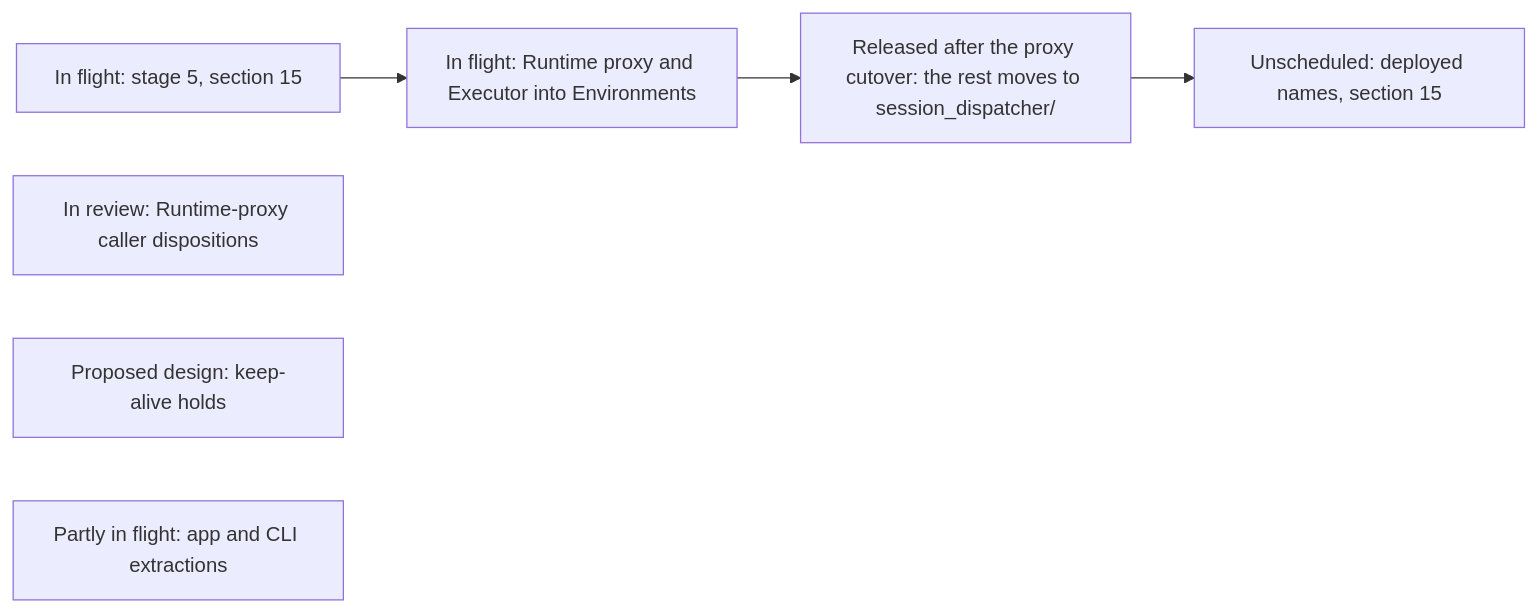
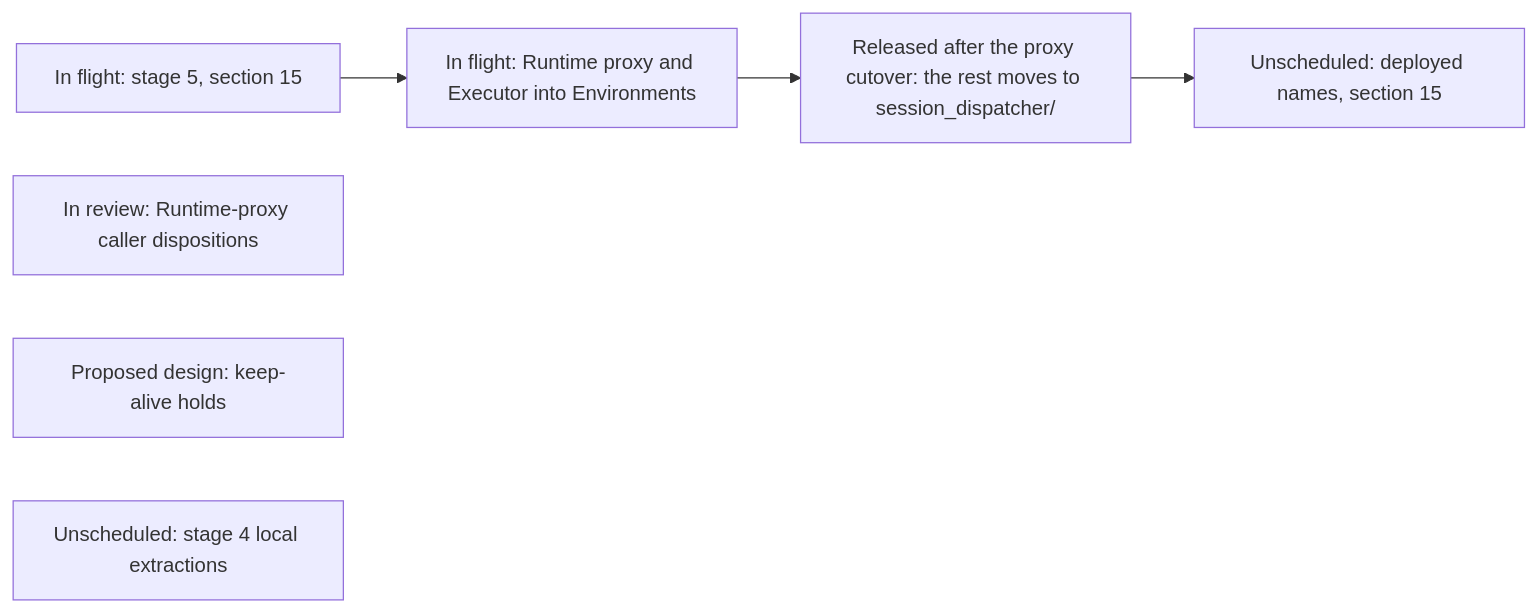
Diagram 21 of 21 in agentplane/plans/task_dag.md (agentydragon/ducktape), drawn with Mermaid before and after one commit. The commit also changed other lines of this file, not shown here.

````diff
--- a/agentplane/plans/task_dag.md
+++ b/agentplane/plans/task_dag.md
@@ -3928,13 +3926,13 @@
 ```mermaid
 flowchart LR
     PRIVILEGED_BACKEND_AUTH_DESIGN[In flight: stage 5, section 15]
     RUNTIME_PROXY_CALLER_AUDIT[In review: Runtime-proxy caller dispositions]
     RUNTIME_PROXY_TO_ENVIRONMENTS[In flight: Runtime proxy and Executor into Environments]
     SESSIONS_BINARY_DIRECTORY[Released after the proxy cutover: the rest moves to session_dispatcher/]
     ENVIRONMENT_KEEP_ALIVE_HOLDS[Proposed design: keep-alive holds]
-    GO_LOCAL_EXTRACTIONS[Partly in flight: app and CLI extractions]
+    GO_LOCAL_EXTRACTIONS[Unscheduled: stage 4 local extractions]
     RUNNER_GATEWAY_RENAME[Unscheduled: deployed names, section 15]
     PRIVILEGED_BACKEND_AUTH_DESIGN --> RUNTIME_PROXY_TO_ENVIRONMENTS
     RUNTIME_PROXY_TO_ENVIRONMENTS --> SESSIONS_BINARY_DIRECTORY
     SESSIONS_BINARY_DIRECTORY --> RUNNER_GATEWAY_RENAME
 ```
````
